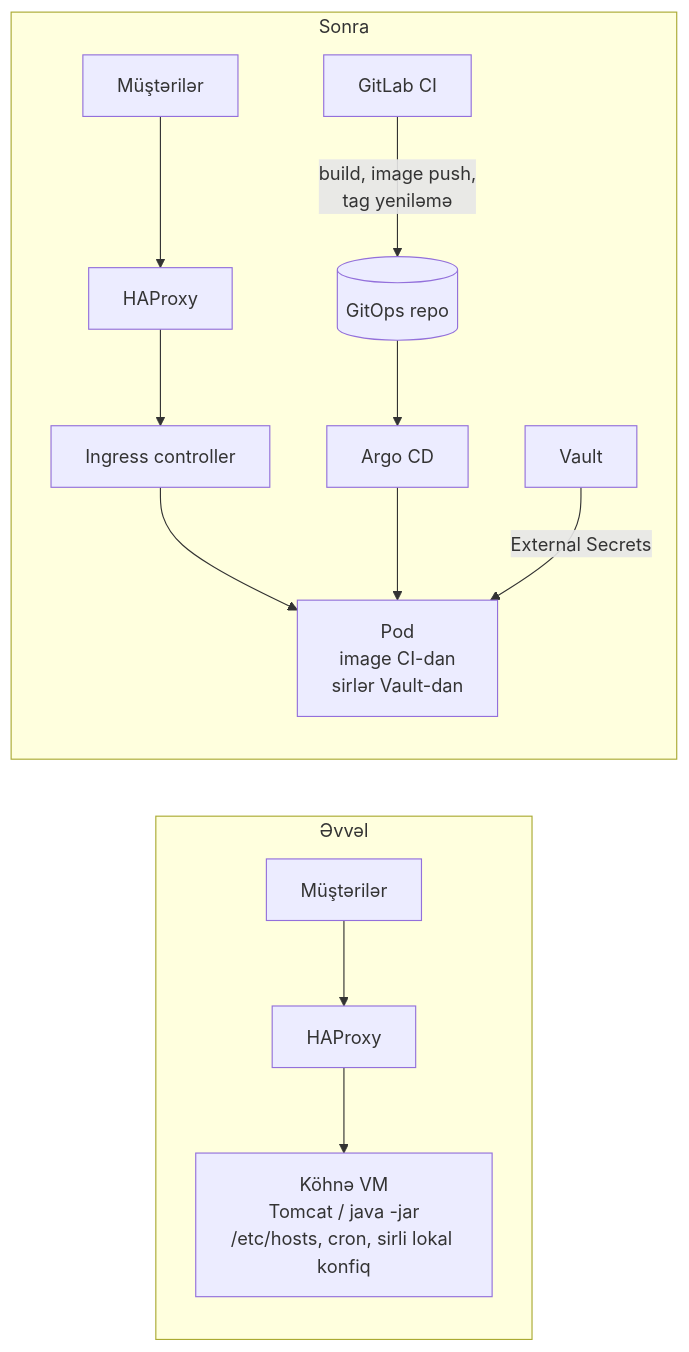
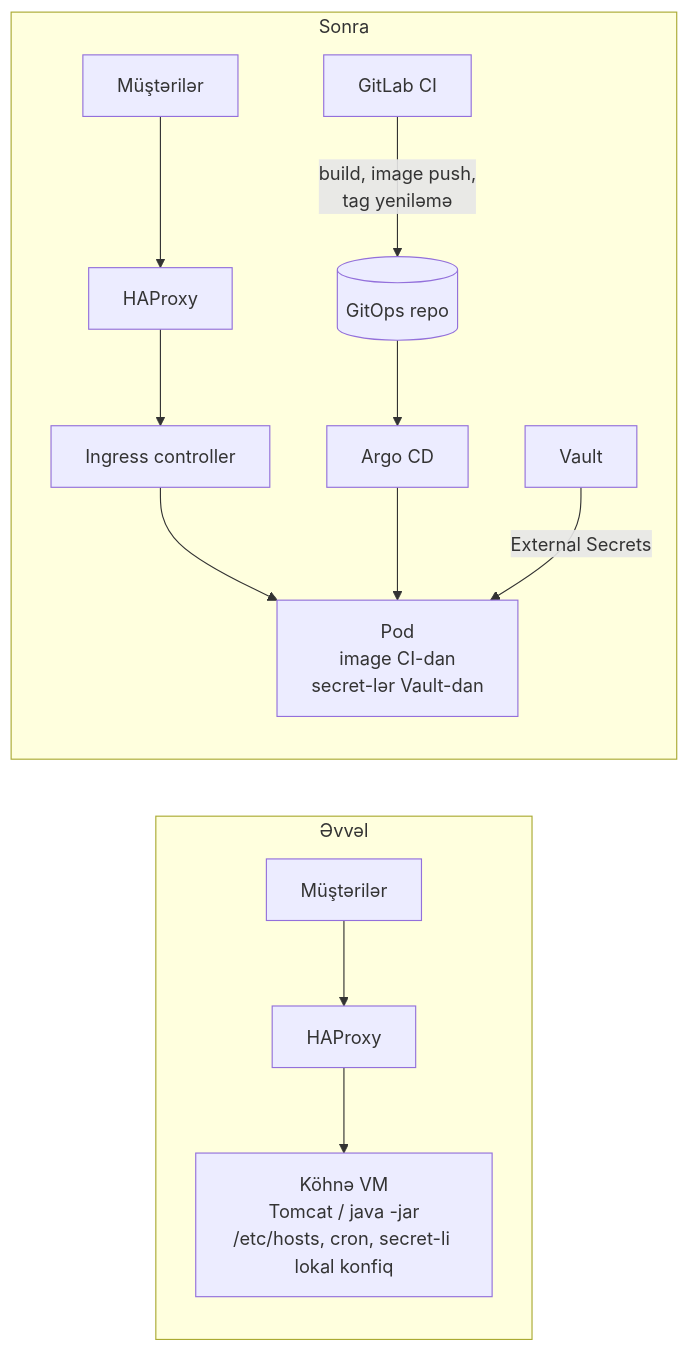
The diagram in README.az.md (huseynmammadov899/vm-to-k8s-migration), drawn with Mermaid before and after one commit. The commit also changed other lines of this file and 3 other files, not shown here.

````diff
--- a/README.az.md
+++ b/README.az.md
@@ -18,15 +18,15 @@
 ```mermaid
 flowchart LR
     subgraph Əvvəl
         C1[Müştərilər] --> H1[HAProxy]
-        H1 --> VM["Köhnə VM<br/>Tomcat / java -jar<br/>/etc/hosts, cron, sirli lokal konfiq"]
+        H1 --> VM["Köhnə VM<br/>Tomcat / java -jar<br/>/etc/hosts, cron, secret-li lokal konfiq"]
     end
     subgraph Sonra
         C2[Müştərilər] --> H2[HAProxy]
         H2 --> ING[Ingress controller]
-        ING --> POD["Pod<br/>image CI-dan<br/>sirlər Vault-dan"]
+        ING --> POD["Pod<br/>image CI-dan<br/>secret-lər Vault-dan"]
         GL[GitLab CI] -- "build, image push,<br/>tag yeniləmə" --> GIT[(GitOps repo)]
         GIT --> ARGO[Argo CD] --> POD
         V[Vault] -- External Secrets --> POD
     end
 ```
````
